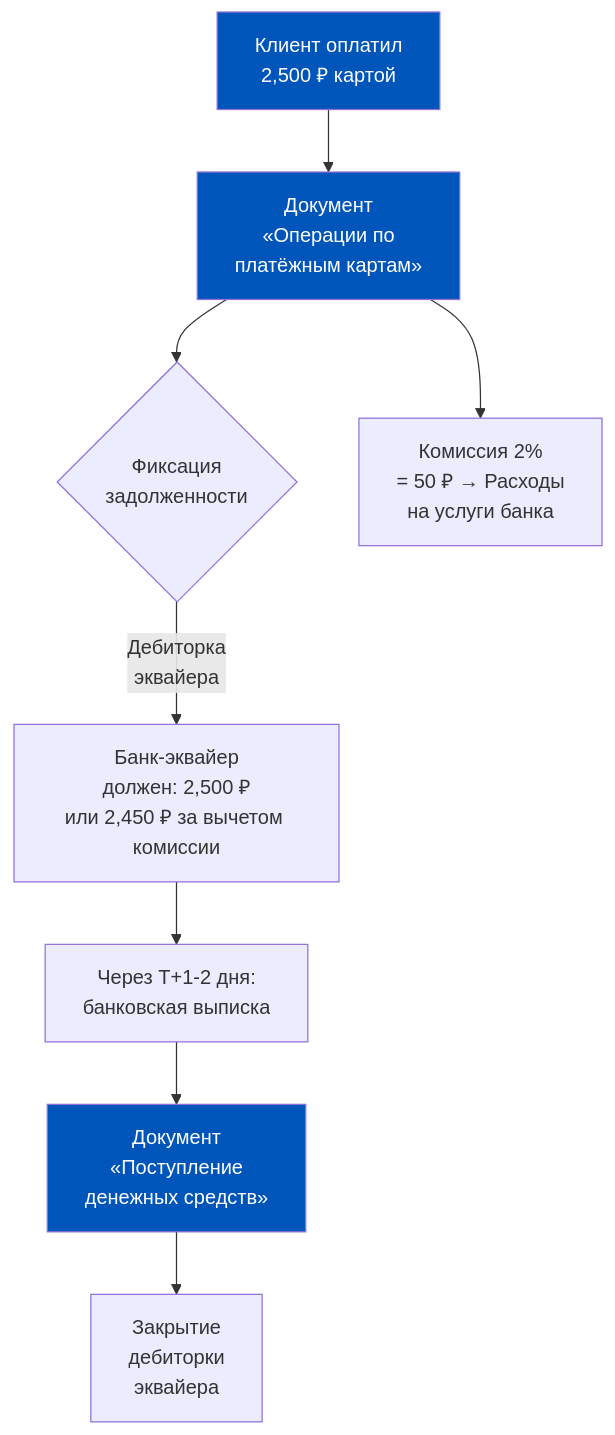
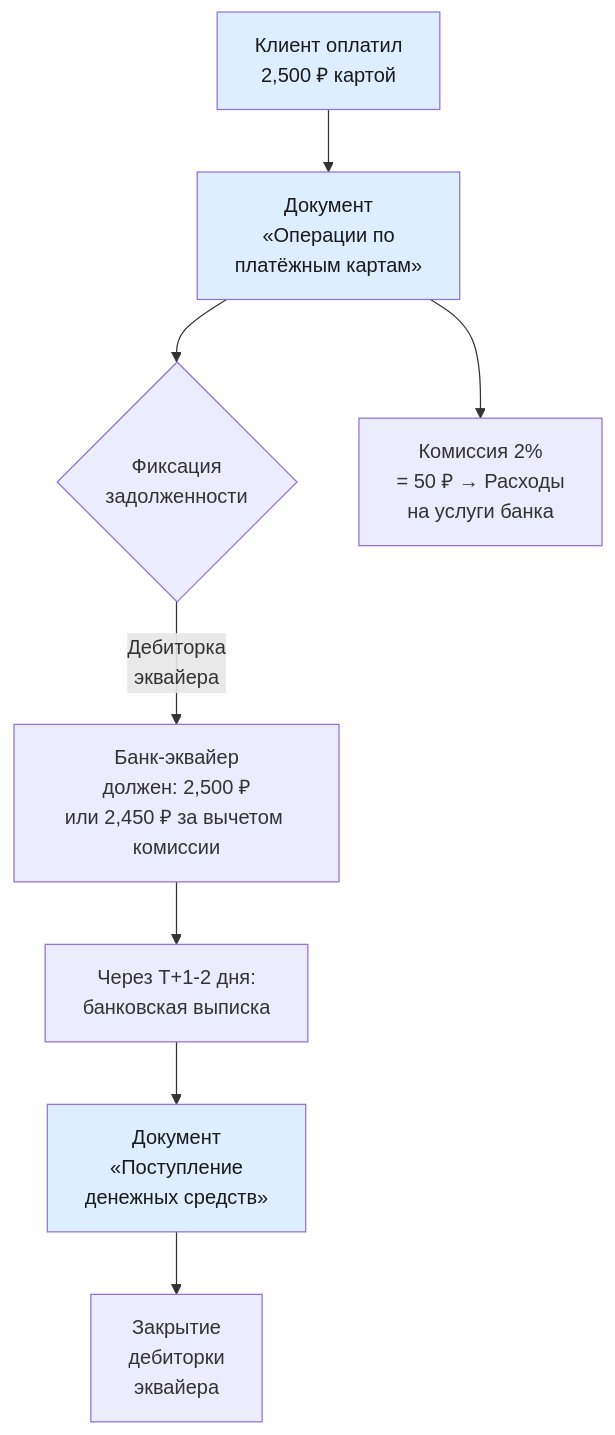
The second of 7 diagrams in content/1c-erp/week_8/Неделя 8 - День 4 - Эквайринг и чеки.md (murad1986/1c-erp-quartz), drawn with Mermaid before and after one commit. The commit also changed other lines of this file and 57 other files, not shown here.

First line of the commit message:
fix: Mermaid — пастельные цвета в источниках диаграмм (56 файлов)

````diff
--- a/content/1c-erp/week_8/Неделя 8 - День 4 - Эквайринг и чеки.md
+++ b/content/1c-erp/week_8/Неделя 8 - День 4 - Эквайринг и чеки.md
@@ -145,14 +145,14 @@
 ```mermaid
 flowchart TD
     A[Клиент оплатил<br/>2,500 ₽ картой] --> B[Документ<br/>«Операции по<br/>платёжным картам»]
     B --> C{Фиксация<br/>задолженности}
     C -->|Дебиторка<br/>эквайера| D[Банк-эквайер<br/>должен: 2,500 ₽<br/>или 2,450 ₽ за вычетом комиссии]
     D --> E[Через T+1-2 дня:<br/>банковская выписка]
     E --> F[Документ<br/>«Поступление<br/>денежных средств»]
     F --> G[Закрытие<br/>дебиторки<br/>эквайера]
     B --> H[Комиссия 2%<br/>= 50 ₽ → Расходы<br/>на услуги банка]
 
-    style A fill:#0055BB,color:#fff
-    style B fill:#0055BB,color:#fff
-    style F fill:#0055BB,color:#fff
+    style A fill:#dceeff,color:#1a1a1a
+    style B fill:#dceeff,color:#1a1a1a
+    style F fill:#dceeff,color:#1a1a1a
 ```
````
